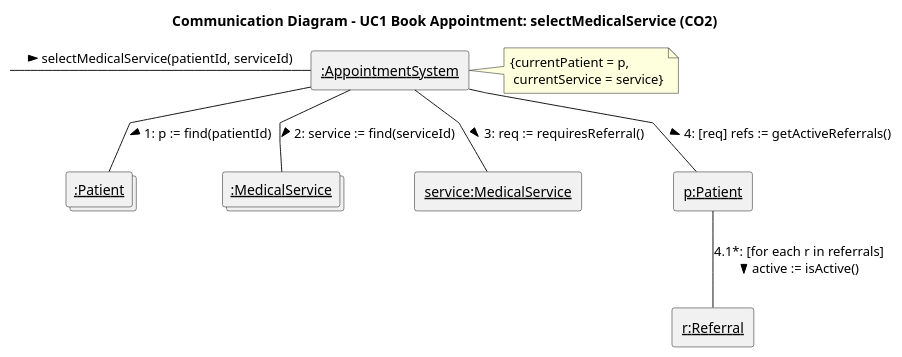
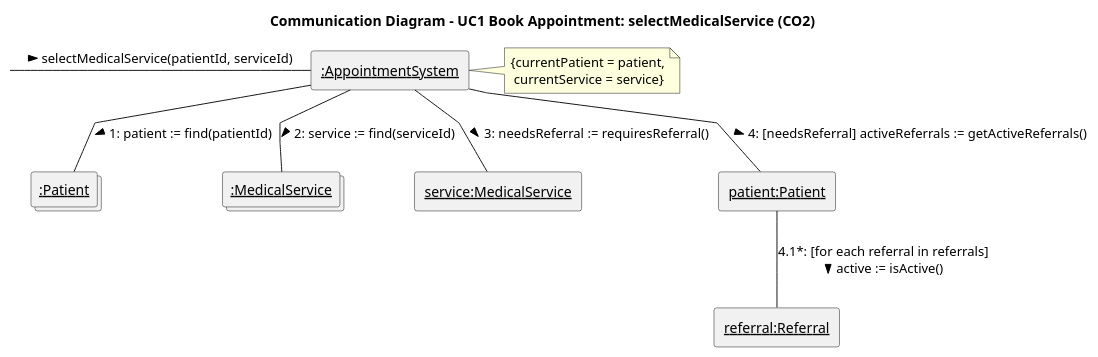
The diagram in docs/interaction-diagrams/book-appointment-select-medical-service.puml (rakib-akter/SOEN-342-Project), drawn with PlantUML before and after one commit. The commit also changed 10 other files, not shown here.

Commit message:
rename the short letters in the interaction diagrams and design notes to full names (p -> patient, h -> professional, l -> location etc) so its easier to read

```diff
--- a/docs/interaction-diagrams/book-appointment-select-medical-service.puml
+++ b/docs/interaction-diagrams/book-appointment-select-medical-service.puml
@@ -1,25 +1,25 @@
 @startuml book-appointment-select-medical-service
 title Communication Diagram - UC1 Book Appointment: selectMedicalService (CO2)
 skinparam linetype polyline
 
 label " " as start
 rectangle "<u>:AppointmentSystem</u>" as ctrl
 collections "<u>:Patient</u>" as patients
 collections "<u>:MedicalService</u>" as services
 rectangle "<u>service:MedicalService</u>" as service
-rectangle "<u>p:Patient</u>" as p
-rectangle "<u>r:Referral</u>" as r
+rectangle "<u>patient:Patient</u>" as patient
+rectangle "<u>referral:Referral</u>" as referral
 
 start -right- ctrl : "selectMedicalService(patientId, serviceId) >"
 
-ctrl -- patients : "1: p := find(patientId) >"
+ctrl -- patients : "1: patient := find(patientId) >"
 ctrl -- services : "2: service := find(serviceId) >"
-ctrl -- service : "3: req := requiresReferral() >"
-ctrl -- p : "4: [req] refs := getActiveReferrals() >"
-p -- r : "4.1*: [for each r in referrals]\nactive := isActive() >"
+ctrl -- service : "3: needsReferral := requiresReferral() >"
+ctrl -- patient : "4: [needsReferral] activeReferrals := getActiveReferrals() >"
+patient -- referral : "4.1*: [for each referral in referrals]\nactive := isActive() >"
 
 note right of ctrl
-  {currentPatient = p,
+  {currentPatient = patient,
    currentService = service}
 end note
 @enduml
```
